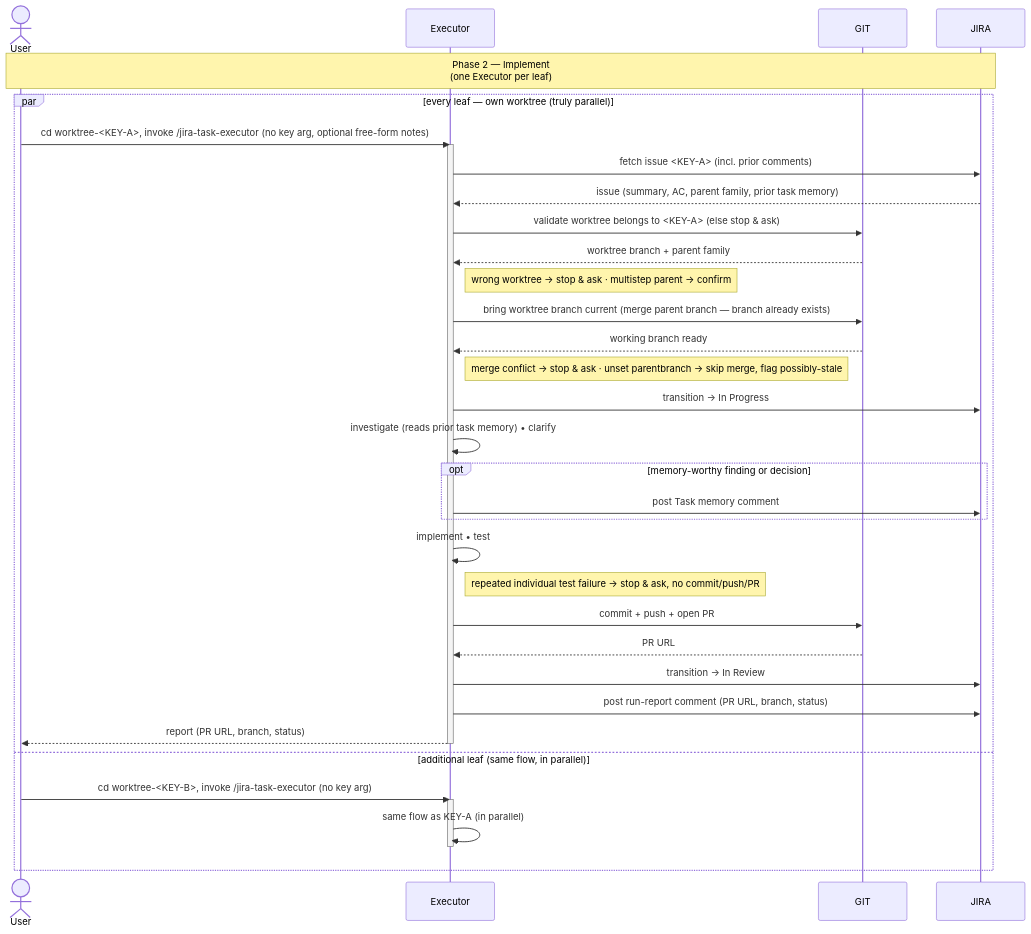
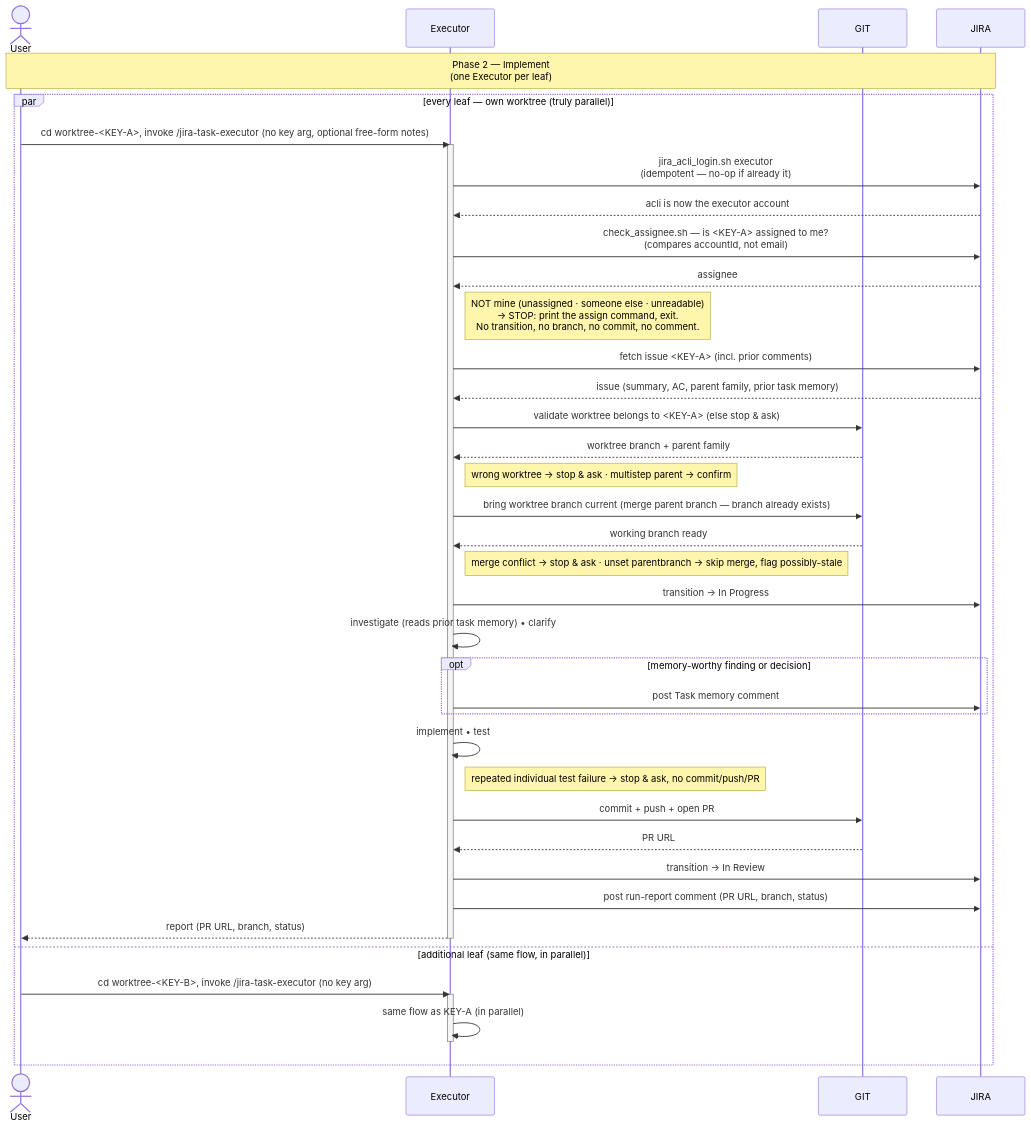
One commit to kantorv/jira-sdlc-tools changed the diagram in plugins/jira-sdlc/docs/TASK-LIFECYCLE-PHASE-2.md. Above: the diagram before and after it, drawn with Mermaid. The commit also changed other lines of this file and 3 other files, not shown here.

````diff
--- a/plugins/jira-sdlc/docs/TASK-LIFECYCLE-PHASE-2.md
+++ b/plugins/jira-sdlc/docs/TASK-LIFECYCLE-PHASE-2.md
@@ -19,40 +19,45 @@
 ```mermaid
 sequenceDiagram
     actor User
     participant Executor
     participant GIT
     participant JIRA
 
     Note over User,JIRA: Phase 2 — Implement<br/>(one Executor per leaf)
 
     par every leaf — own worktree (truly parallel)
         User->>Executor: cd worktree-<KEY-A>, invoke /jira-task-executor (no key arg, optional free-form notes)
         activate Executor
+        Executor->>JIRA: jira_acli_login.sh executor<br/>(idempotent — no-op if already it)
+        JIRA-->>Executor: acli is now the executor account
+        Executor->>JIRA: check_assignee.sh — is <KEY-A> assigned to me?<br/>(compares accountId, not email)
+        JIRA-->>Executor: assignee
+        Note right of Executor: NOT mine (unassigned · someone else · unreadable)<br/>→ STOP: print the assign command, exit.<br/>No transition, no branch, no commit, no comment.
         Executor->>JIRA: fetch issue <KEY-A> (incl. prior comments)
         JIRA-->>Executor: issue (summary, AC, parent family, prior task memory)
         Executor->>GIT: validate worktree belongs to <KEY-A> (else stop & ask)
         GIT-->>Executor: worktree branch + parent family
         Note right of Executor: wrong worktree → stop & ask · multistep parent → confirm
         Executor->>GIT: bring worktree branch current (merge parent branch — branch already exists)
         GIT-->>Executor: working branch ready
         Note right of Executor: merge conflict → stop & ask · unset parentbranch → skip merge, flag possibly-stale
         Executor->>JIRA: transition → In Progress
         Executor->>Executor: investigate (reads prior task memory) • clarify
         opt memory-worthy finding or decision
             Executor->>JIRA: post Task memory comment
         end
         Executor->>Executor: implement • test
         Note right of Executor: repeated individual test failure → stop & ask, no commit/push/PR
         Executor->>GIT: commit + push + open PR
         GIT-->>Executor: PR URL
         Executor->>JIRA: transition → In Review
         Executor->>JIRA: post run-report comment (PR URL, branch, status)
         Executor-->>User: report (PR URL, branch, status)
         deactivate Executor
     and additional leaf (same flow, in parallel)
         User->>Executor: cd worktree-<KEY-B>, invoke /jira-task-executor (no key arg)
         activate Executor
         Executor->>Executor: same flow as KEY-A (in parallel)
         deactivate Executor
     end
 ```
````
